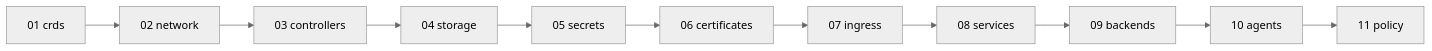
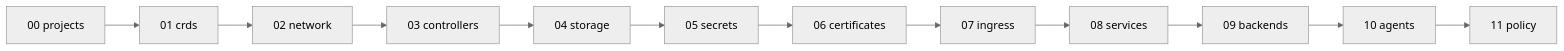
The second of 2 diagrams in docs/architecture/gitops.md (JanWelker/homelab), drawn with Mermaid (neutral theme) before and after one commit. The commit also changed other lines of this file and 19 other files, not shown here.

````diff
--- a/docs/architecture/gitops.md
+++ b/docs/architecture/gitops.md
@@ -106,6 +98,7 @@
 ```mermaid
 flowchart LR
-    CRDS[01 crds] --> NET[02 network] --> CTRL[03 controllers] --> STOR[04 storage]
+    PROJ[00 projects] --> CRDS[01 crds]
+    CRDS --> NET[02 network] --> CTRL[03 controllers] --> STOR[04 storage]
     STOR --> SEC[05 secrets] --> CERT[06 certificates] --> ING[07 ingress]
     ING --> SVC[08 services] --> BACK[09 backends] --> AG[10 agents] --> POL[11 policy]
 ```
````
